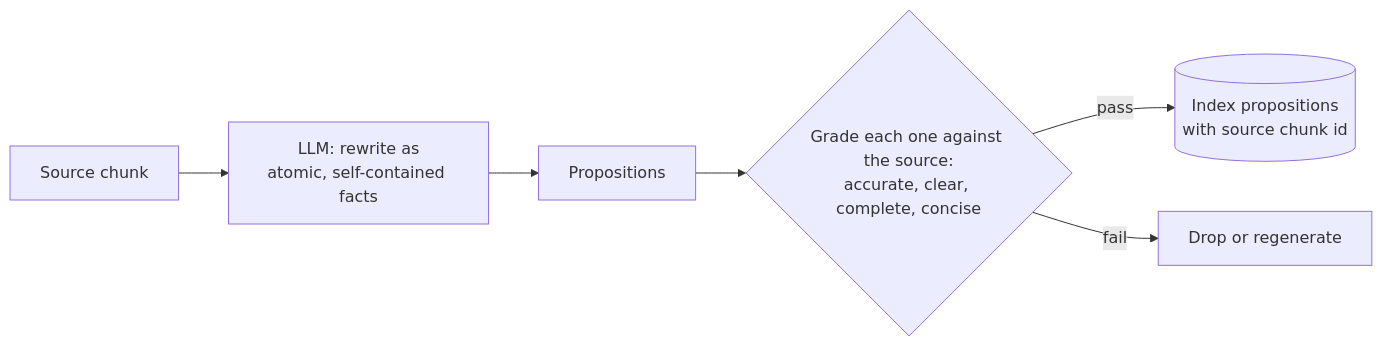
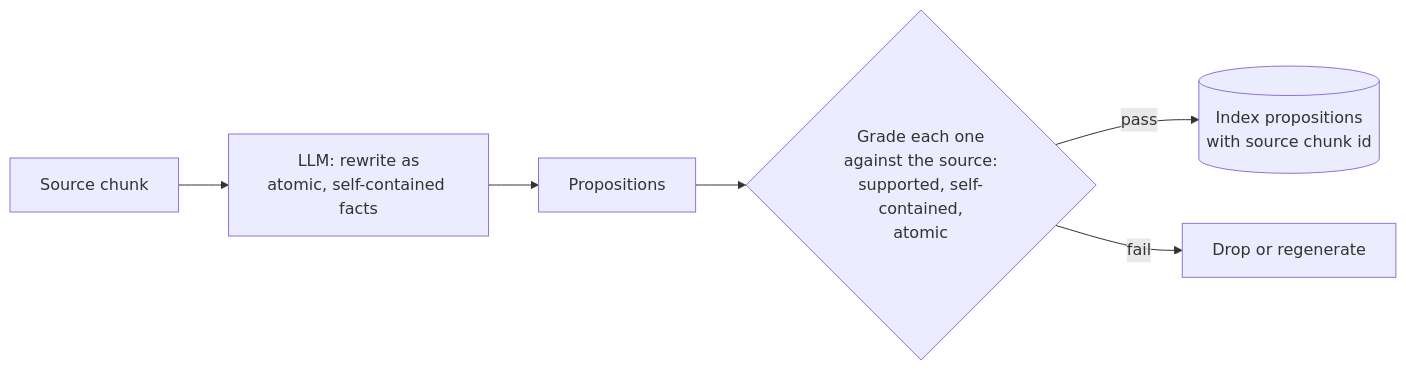
Before and after one commit to Sourav692/rag-agents-engineering: the diagram in theory/p05_ingestion_and_indexing/m13_chunking/03_proposition_chunking_with_llm_quality_checks/README.md, drawn with Mermaid. The commit also changed other lines of this file and 278 other files, not shown here.

````diff
--- a/theory/p05_ingestion_and_indexing/m13_chunking/03_proposition_chunking_with_llm_quality_checks/README.md
+++ b/theory/p05_ingestion_and_indexing/m13_chunking/03_proposition_chunking_with_llm_quality_checks/README.md
@@ -20,8 +20,8 @@
 ```mermaid
 flowchart LR
     C[Source chunk] --> G["LLM: rewrite as<br/>atomic, self-contained facts"]
     G --> P[Propositions]
-    P --> J{"Grade each one against the source:<br/>accurate, clear, complete, concise"}
+    P --> J{"Grade each one<br/>against the source:<br/>supported, self-contained,<br/>atomic"}
     J -- pass --> IDX[(Index propositions<br/>with source chunk id)]
     J -- fail --> DROP[Drop or regenerate]
 ```
````
